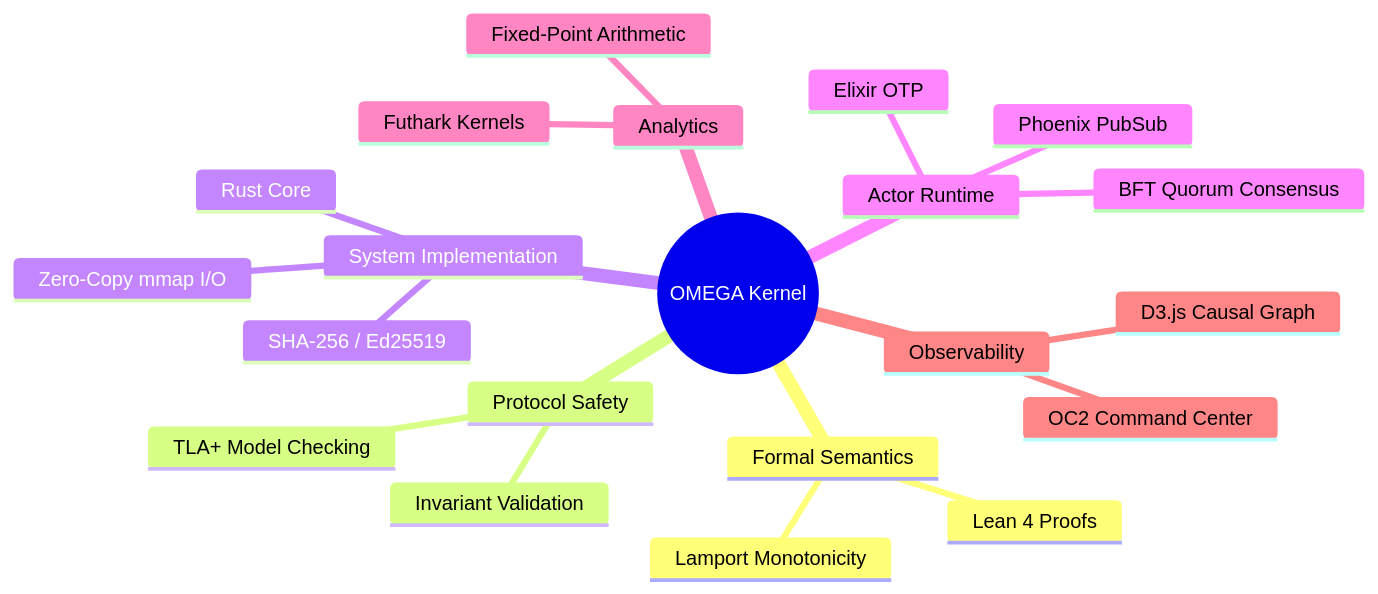
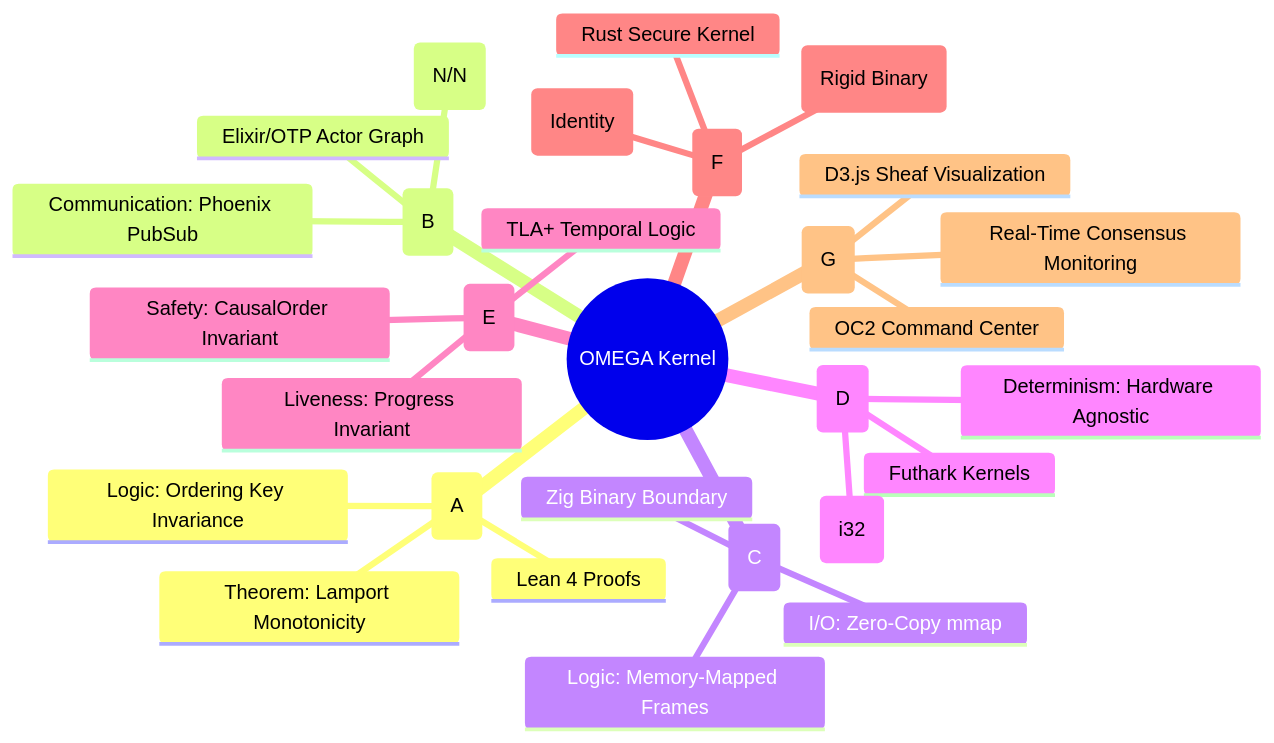
The first of 2 diagrams in README.md (x123la/omega-sheath-os), drawn with Mermaid before and after one commit. The commit also changed other lines of this file, not shown here.

Commit message:
Refactor README: Final high-density technical manual with deep architectural specs and multi-layer Mermaid diagrams

````diff
--- a/README.md
+++ b/README.md
@@ -10,24 +14,32 @@
 ```mermaid
 mindmap
   root((OMEGA Kernel))
-    Formal Semantics
+    Formal Layer (A)
       Lean 4 Proofs
-      Lamport Monotonicity
-    Protocol Safety
-      TLA+ Model Checking
-      Invariant Validation
-    System Implementation
-      Rust Core
-      Zero-Copy mmap I/O
-      SHA-256 / Ed25519
-    Actor Runtime
-      Elixir OTP
-      BFT Quorum Consensus
-      Phoenix PubSub
-    Analytics
+      Theorem: Lamport Monotonicity
+      Logic: Ordering Key Invariance
+    Runtime Layer (B)
+      Elixir/OTP Actor Graph
+      Consensus: BFT Quorum (N/N)
+      Communication: Phoenix PubSub
+    Systems Layer (C)
+      Zig Binary Boundary
+      I/O: Zero-Copy mmap
+      Logic: Memory-Mapped Frames
+    Analytics Layer (D)
       Futhark Kernels
-      Fixed-Point Arithmetic
-    Observability
+      Fixed-Point Arithmetic (i32)
+      Determinism: Hardware Agnostic
+    Protocol Layer (E)
+      TLA+ Temporal Logic
+      Safety: CausalOrder Invariant
+      Liveness: Progress Invariant
+    Implementation Layer (F)
+      Rust Secure Kernel
+      Hashing: SHA-256 (Rigid Binary)
+      Signing: Ed25519 (Identity)
+    Observability Layer (G)
       OC2 Command Center
-      D3.js Causal Graph
+      D3.js Sheaf Visualization
+      Real-Time Consensus Monitoring
 ```
````
